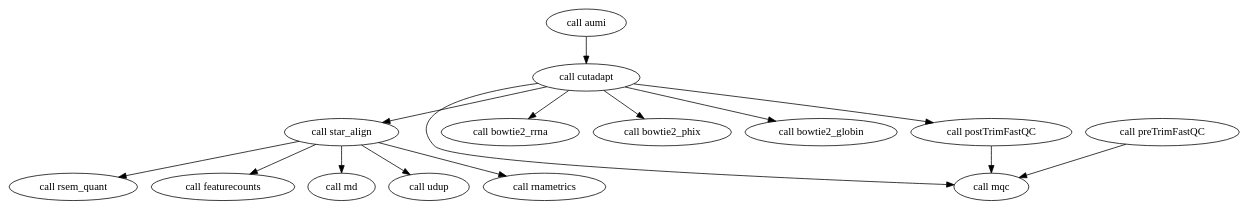
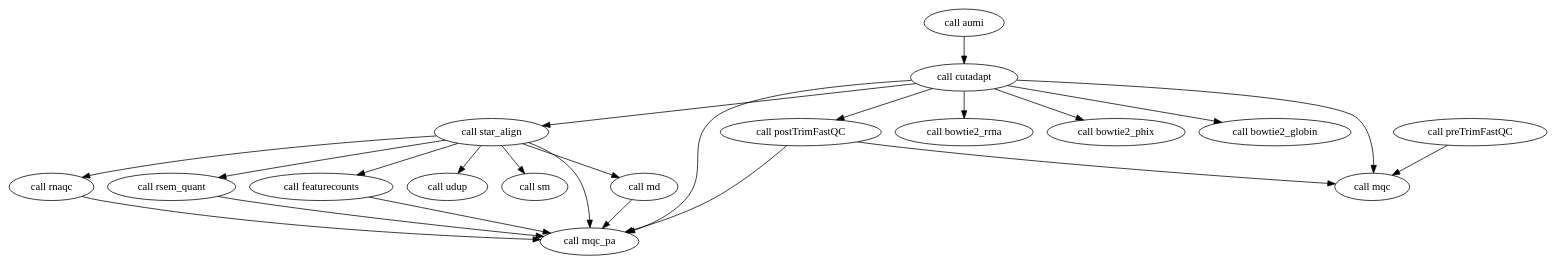
Before and after one commit to MoTrPAC/motrpac-rna-seq-pipeline: the diagram in rnaseq_pipeline.dot, drawn with Graphviz. The commit also changed 4 other files, not shown here.

```diff
--- a/rnaseq_pipeline.dot
+++ b/rnaseq_pipeline.dot
@@ -1,31 +1,41 @@
 digraph rnaseq_pipeline {
   compound=true;
   "call postTrimFastQC" -> "call mqc" 
   "call star_align" -> "call rsem_quant" 
   "call cutadapt" -> "call mqc" 
   "call preTrimFastQC" -> "call mqc" 
   "call star_align" -> "call featurecounts" 
   "call cutadapt" -> "call postTrimFastQC" 
   "call aumi" -> "call cutadapt" 
+  "call postTrimFastQC" -> "call mqc_pa" 
+  "call star_align" -> "call mqc_pa" 
   "call cutadapt" -> "call bowtie2_rrna" 
   "call star_align" -> "call md" 
   "call cutadapt" -> "call star_align" 
   "call cutadapt" -> "call bowtie2_phix" 
+  "call rsem_quant" -> "call mqc_pa" 
   "call star_align" -> "call udup" 
-  "call star_align" -> "call rnametrics" 
+  "call cutadapt" -> "call mqc_pa" 
+  "call star_align" -> "call rnaqc" 
+  "call featurecounts" -> "call mqc_pa" 
+  "call star_align" -> "call sm" 
+  "call rnaqc" -> "call mqc_pa" 
+  "call md" -> "call mqc_pa" 
   "call cutadapt" -> "call bowtie2_globin" 
   "call aumi"
   "call featurecounts"
   "call star_align"
   "call bowtie2_globin"
   "call mqc"
+  "call sm"
+  "call mqc_pa"
   "call bowtie2_rrna"
+  "call rnaqc"
   "call cutadapt"
-  "call rnametrics"
   "call rsem_quant"
   "call preTrimFastQC"
   "call udup"
   "call md"
   "call bowtie2_phix"
   "call postTrimFastQC"
 }
```
